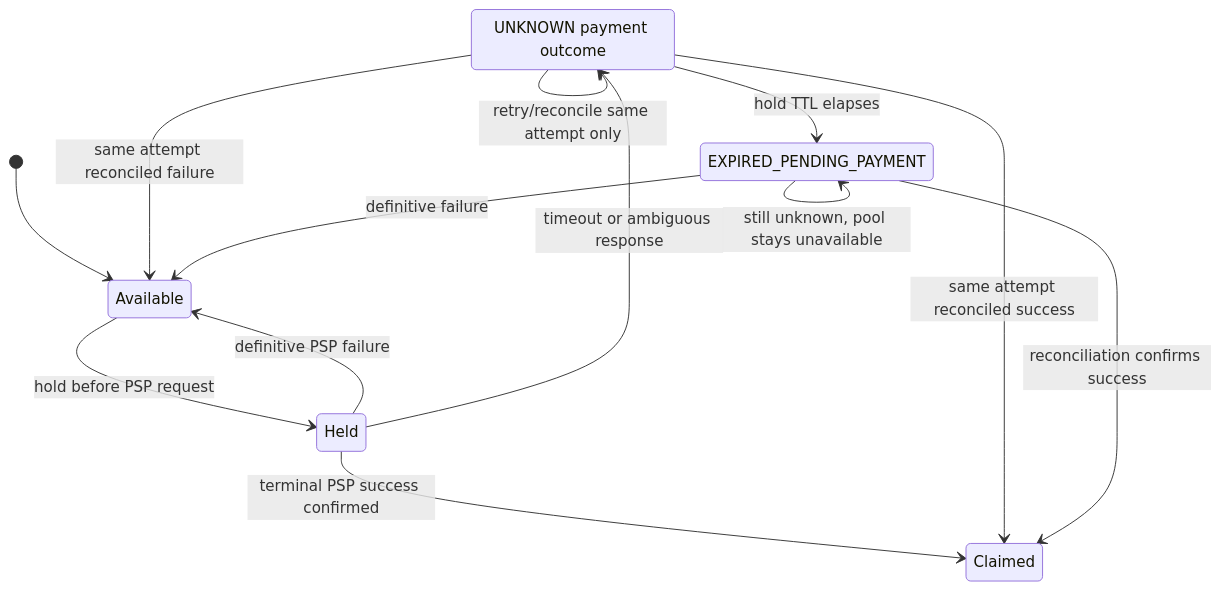
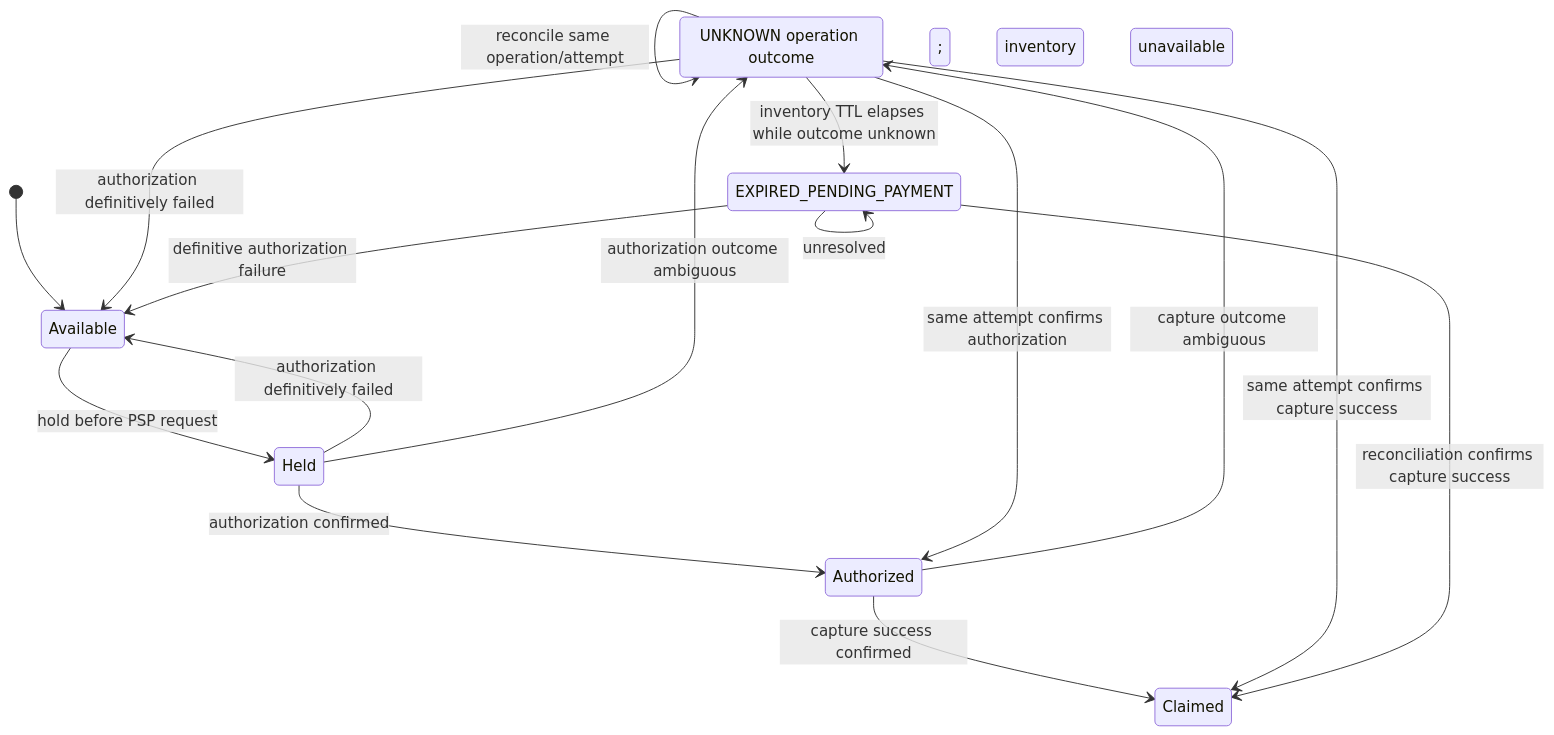
The second of 2 diagrams in docs/03-domain/business-rules.md (Neo1228/ATLAS), drawn with Mermaid before and after one commit. The commit also changed other lines of this file and 11 other files, not shown here.

Commit message:
docs(payment): authorize-capture 흐름 기록 (#41)

````diff
--- a/docs/03-domain/business-rules.md
+++ b/docs/03-domain/business-rules.md
@@ -66,17 +65,20 @@
 ```mermaid
 stateDiagram-v2
-    state "UNKNOWN payment outcome" as Unknown
+    state "UNKNOWN operation outcome" as Unknown
     state "EXPIRED_PENDING_PAYMENT" as ExpiredPending
     [*] --> Available
     Available --> Held: hold before PSP request
-    Held --> Claimed: terminal PSP success confirmed
-    Held --> Available: definitive PSP failure
-    Held --> Unknown: timeout or ambiguous response
-    Unknown --> Claimed: same attempt reconciled success
-    Unknown --> Available: same attempt reconciled failure
-    Unknown --> Unknown: retry/reconcile same attempt only
-    Unknown --> ExpiredPending: hold TTL elapses
-    ExpiredPending --> Claimed: reconciliation confirms success
-    ExpiredPending --> Available: definitive failure
-    ExpiredPending --> ExpiredPending: still unknown, pool stays unavailable
+    Held --> Authorized: authorization confirmed
+    Held --> Available: authorization definitively failed
+    Held --> Unknown: authorization outcome ambiguous
+    Authorized --> Claimed: capture success confirmed
+    Authorized --> Unknown: capture outcome ambiguous
+    Unknown --> Authorized: same attempt confirms authorization
+    Unknown --> Claimed: same attempt confirms capture success
+    Unknown --> Available: authorization definitively failed
+    Unknown --> Unknown: reconcile same operation/attempt
+    Unknown --> ExpiredPending: inventory TTL elapses while outcome unknown
+    ExpiredPending --> Claimed: reconciliation confirms capture success
+    ExpiredPending --> Available: definitive authorization failure
+    ExpiredPending --> ExpiredPending: unresolved; inventory unavailable
 ```
````
